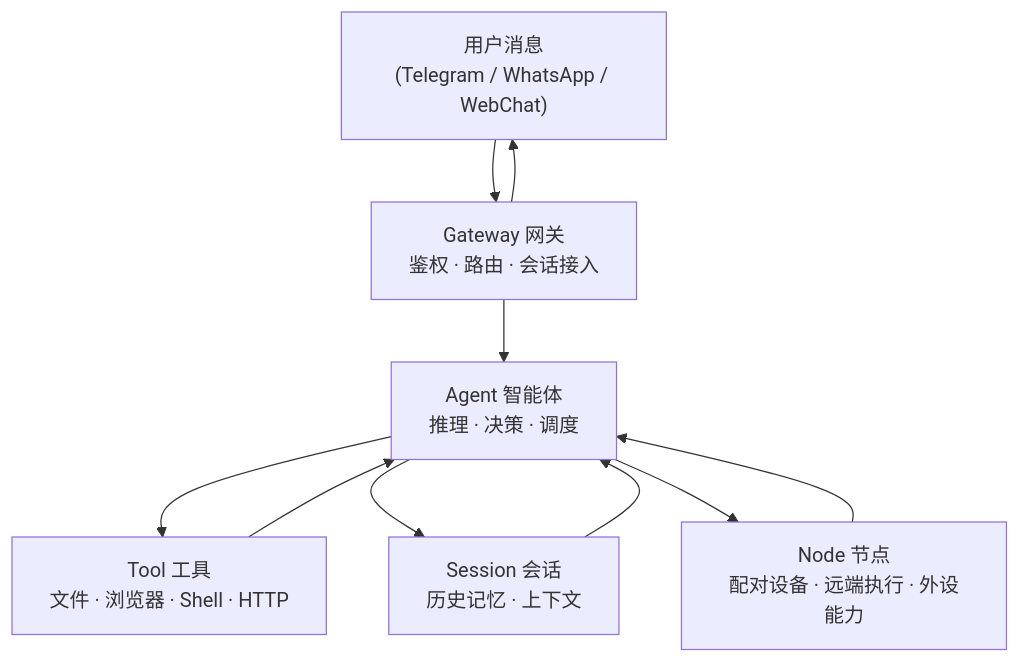
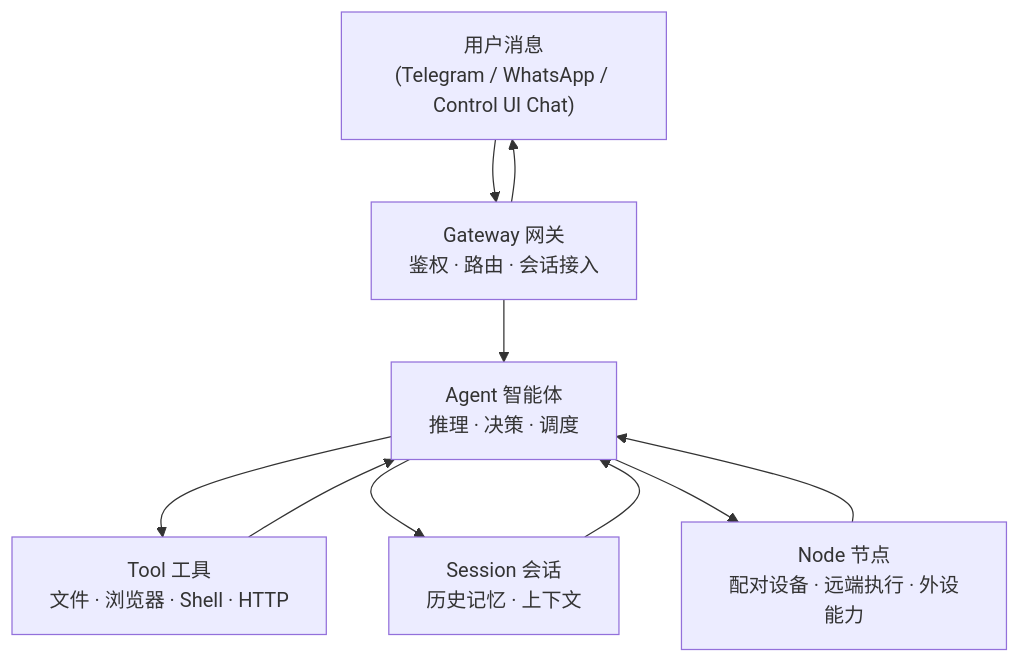
One commit to yeasy/openclaw_guide changed the diagram in 01_overview/1.3_concepts.md. Above: the diagram before and after it, drawn with Mermaid. The commit also changed 89 other files, not shown here.

````diff
--- a/01_overview/1.3_concepts.md
+++ b/01_overview/1.3_concepts.md
@@ -5,15 +5,15 @@
 ```mermaid
 graph TD
-    User["用户消息<br/>(Telegram / WhatsApp / WebChat)"] --> Gateway
+    User["用户消息<br/>(Telegram / WhatsApp / Control UI Chat)"] --> Gateway
     Gateway["Gateway 网关<br/>鉴权 · 路由 · 会话接入"] --> Agent
     Agent["Agent 智能体<br/>推理 · 决策 · 调度"] --> Tool
     Agent --> Session
     Agent --> Node
     Tool["Tool 工具<br/>文件 · 浏览器 · Shell · HTTP"]
     Session["Session 会话<br/>历史记忆 · 上下文"]
     Node["Node 节点<br/>配对设备 · 远端执行 · 外设能力"]
     Tool --> Agent
     Session --> Agent
     Node --> Agent
     Gateway --> User
 ```
````
